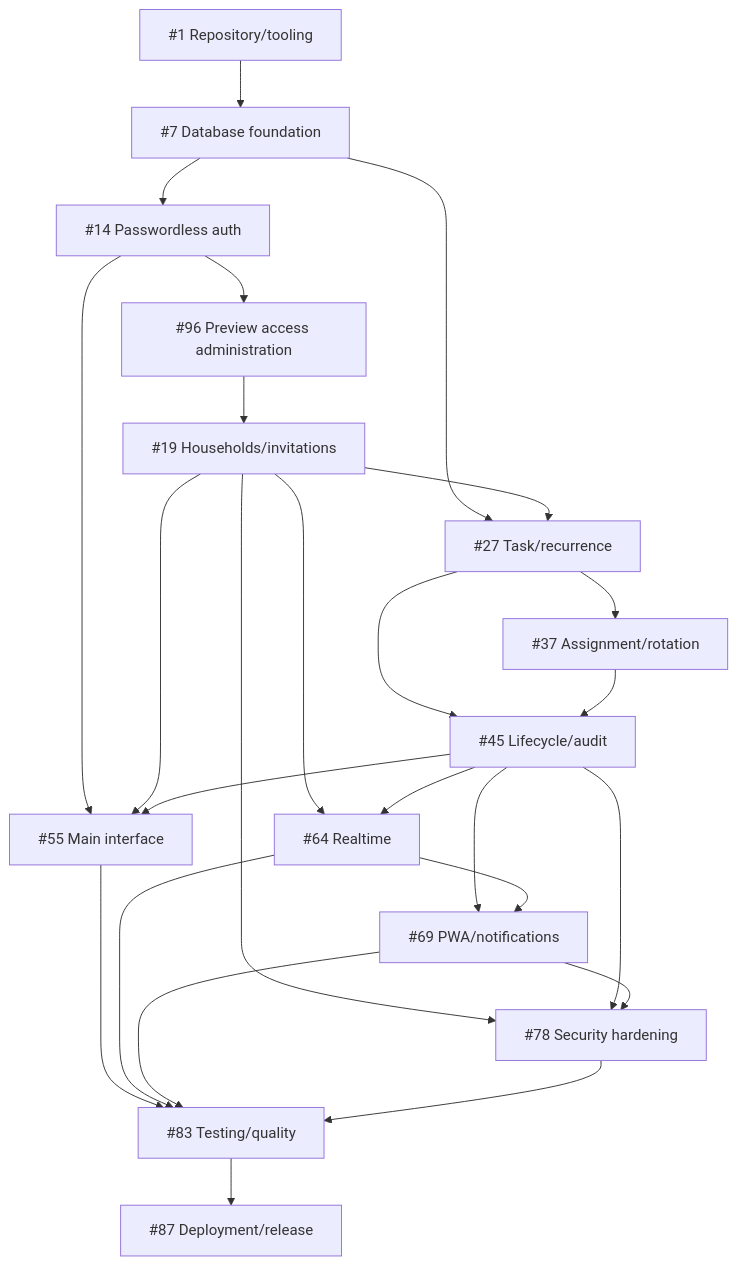
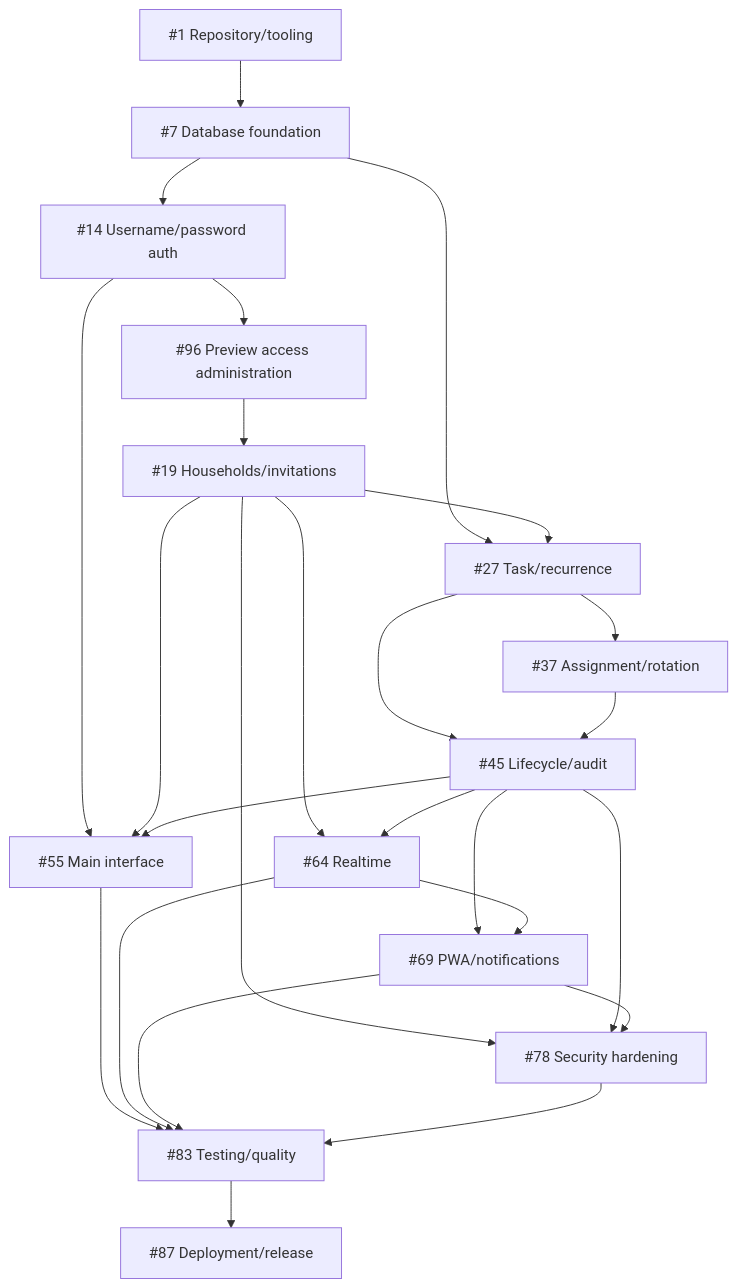
Before and after one commit to christopherrbrown3/hometeam: the diagram in DEPENDENCY_MAP.md, drawn with Mermaid. The commit also changed other lines of this file and 9 other files, not shown here.

````diff
--- a/DEPENDENCY_MAP.md
+++ b/DEPENDENCY_MAP.md
@@ -22,27 +24,27 @@
 ```mermaid
 flowchart TD
     E1["#1 Repository/tooling"] --> E7["#7 Database foundation"]
-    E7 --> E14["#14 Passwordless auth"]
+    E7 --> E14["#14 Username/password auth"]
     E14 --> E96["#96 Preview access administration"]
     E96 --> E19["#19 Households/invitations"]
     E7 --> E27["#27 Task/recurrence"]
     E19 --> E27
     E27 --> E37["#37 Assignment/rotation"]
     E27 --> E45["#45 Lifecycle/audit"]
     E37 --> E45
     E14 --> E55["#55 Main interface"]
     E19 --> E55
     E45 --> E55
     E19 --> E64["#64 Realtime"]
     E45 --> E64
     E45 --> E69["#69 PWA/notifications"]
     E64 --> E69
     E19 --> E78["#78 Security hardening"]
     E45 --> E78
     E69 --> E78
     E55 --> E83["#83 Testing/quality"]
     E64 --> E83
     E69 --> E83
     E78 --> E83
     E83 --> E87["#87 Deployment/release"]
 ```
````
